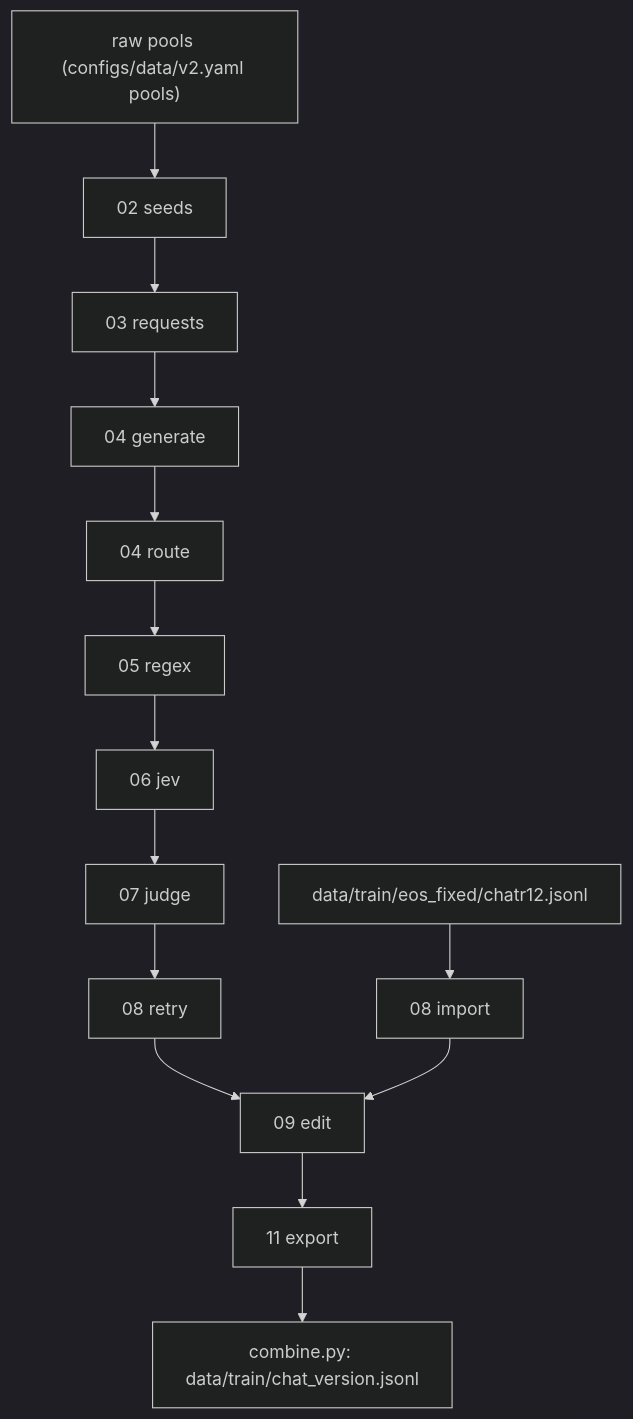
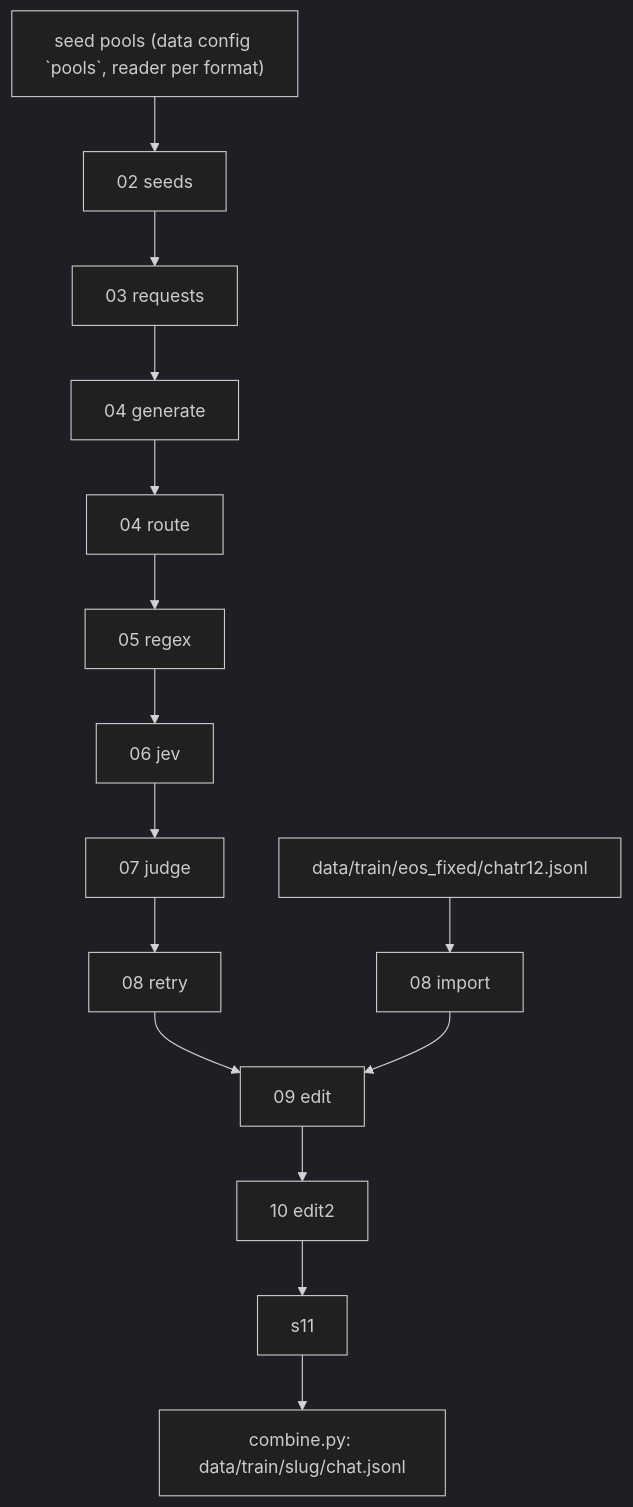
Before and after one commit to wassname/constitutional_grafting: the diagram in scripts/data/v2/README.md, drawn with Mermaid (dark theme). The commit also changed other lines of this file, not shown here.

Commit message:
v2 README: characters section (character.yaml, plain config, new-character commands), DAG map with 10 edit2 and per-character output

````diff
--- a/scripts/data/v2/README.md
+++ b/scripts/data/v2/README.md
@@ -20,7 +37,8 @@
 ```mermaid
 flowchart TB
-  pools["raw pools (configs/data/v2.yaml pools)"] --> s02[02 seeds] --> s03[03 requests] --> s04[04 generate] --> r04[04 route]
-  r04 --> s05[05 regex] --> s06[06 jev] --> s07[07 judge] --> s08[08 retry] --> s09[09 edit] --> s11[11 export]
+  pools["seed pools (data config `pools`, reader per format)"] --> s02[02 seeds] --> s03[03 requests] --> s04[04 generate] --> r04[04 route]
+  r04 --> s05[05 regex] --> s06[06 jev] --> s07[07 judge] --> s08[08 retry] --> s09[09 edit]
   c12["data/train/eos_fixed/chatr12.jsonl"] --> i08[08 import] --> s09
-  s11 --> comb["combine.py: data/train/chat_version.jsonl"]
+  s09 --> s10[10 edit2] --> s11
+  s11 --> comb["combine.py: data/train/slug/chat.jsonl"]
 ```
````
